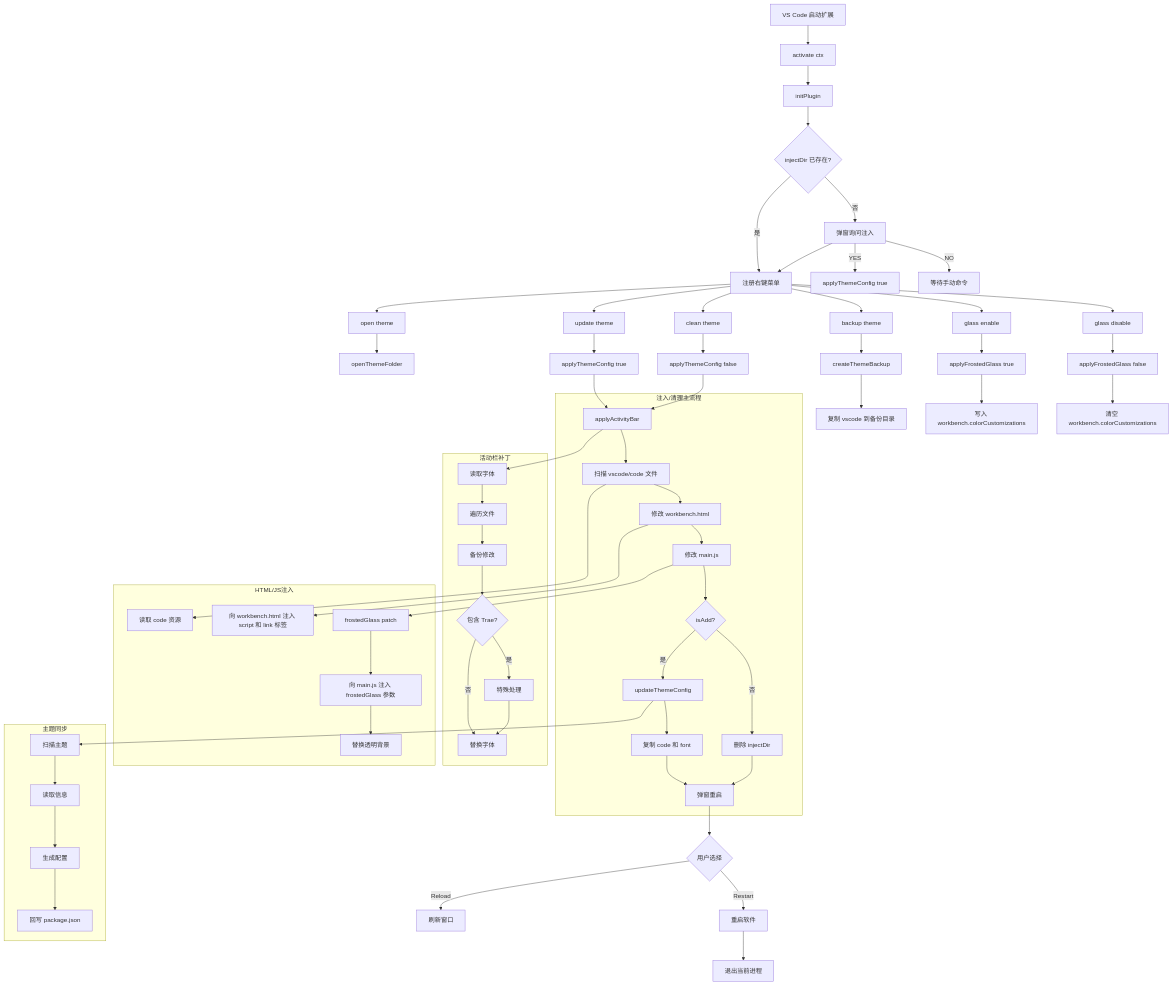
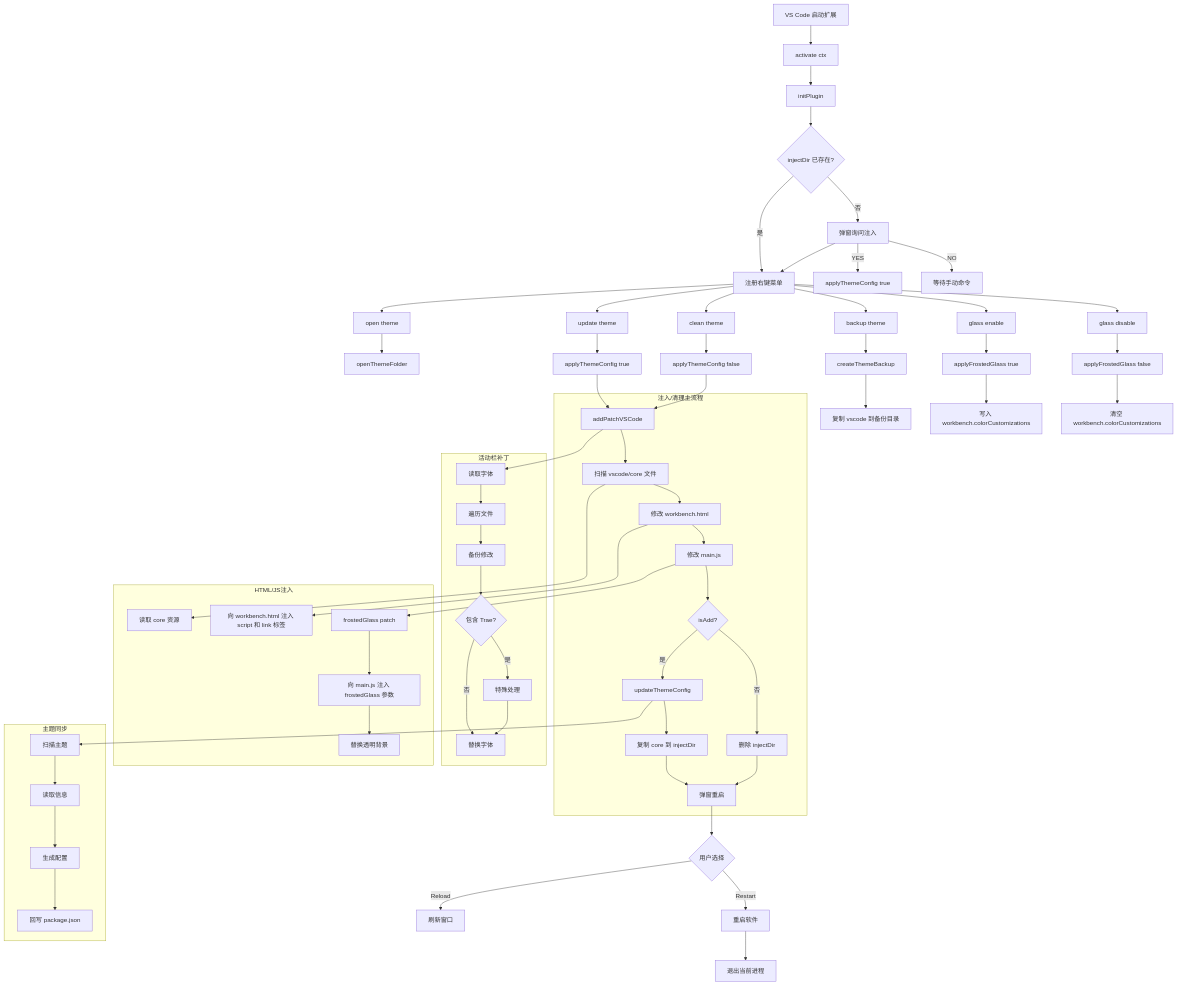
One commit to wangmings/macintosh-ui changed the diagram in FLOW.md. Above: the diagram before and after it, drawn with Mermaid. The commit also changed other lines of this file and 37 other files, not shown here.

```diff
--- a/FLOW.md
+++ b/FLOW.md
@@ -32,13 +32,13 @@
     O --> O1[清空 workbench.colorCustomizations]
 
     subgraph P[注入/清理主流程]
-        P1[applyActivityBar]
-        P2[扫描 vscode/code 文件]
+        P1[addPatchVSCode]
+        P2[扫描 vscode/core 文件]
         P3[修改 workbench.html]
         P4[修改 main.js]
         P5{isAdd?}
         P6[updateThemeConfig]
-        P7[复制 code 和 font]
+        P7[复制 core 到 injectDir]
         P8[删除 injectDir]
         P9[弹窗重启]
     end
@@ -73,7 +73,7 @@
     Q5 --> Q6
 
     subgraph R[HTML/JS注入]
-        R1[读取 code 资源]
+        R1[读取 core 资源]
         R2[向 workbench.html 注入 script 和 link 标签]
         R3[frostedGlass patch]
         R4[向 main.js 注入 frostedGlass 参数]
```
